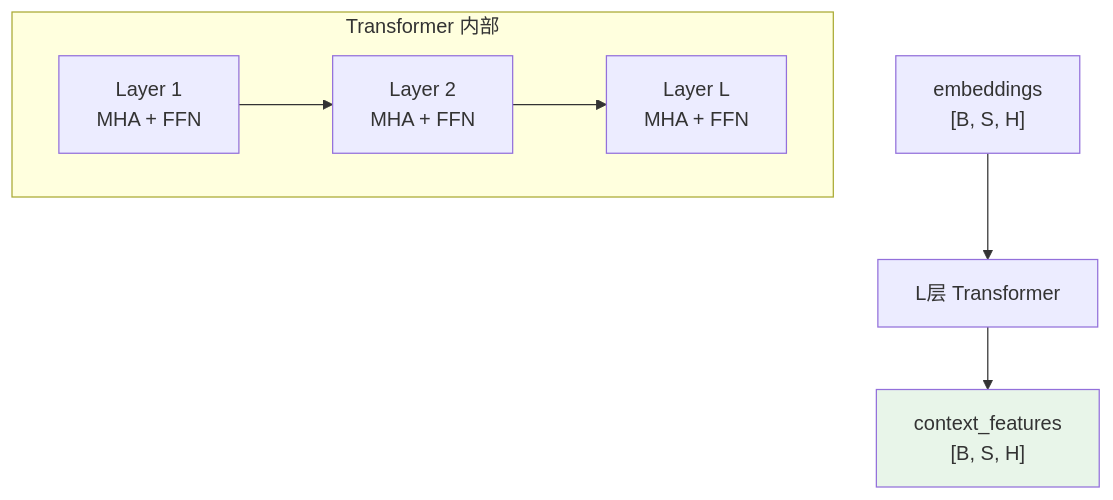
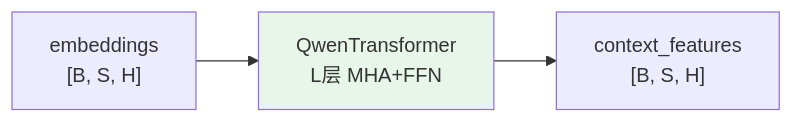
One commit to 1587causalai/CausalQwen changed the fourth of 16 diagrams in design-docs/causal_qwen_text_only.md. Above: the diagram before and after it, drawn with Mermaid. The commit also changed other lines of this file, not shown here.

````diff
--- a/design-docs/causal_qwen_text_only.md
+++ b/design-docs/causal_qwen_text_only.md
@@ -107,14 +170,7 @@
 ```mermaid
-graph TD
-    A["embeddings<br>[B, S, H]"] --> T["L层 Transformer"]
+graph LR
+    E["embeddings<br>[B, S, H]"] --> T["QwenTransformer<br>L层 MHA+FFN"]
     T --> Z["context_features<br>[B, S, H]"]
     
-    subgraph "Transformer 内部"
-        T1["Layer 1<br>MHA + FFN"]
-        T2["Layer 2<br>MHA + FFN"]
-        TL["Layer L<br>MHA + FFN"]
-        T1 --> T2 --> TL
-    end
-    
-    style Z fill:#e8f5e9
+    style T fill:#e8f5e9
 ```
````
